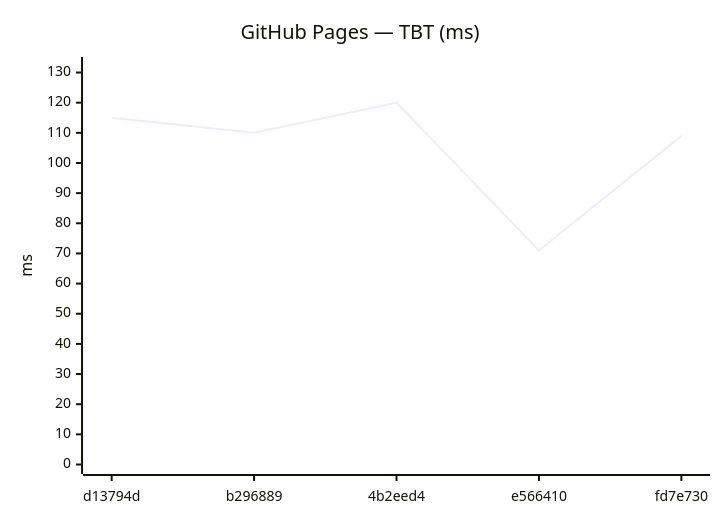
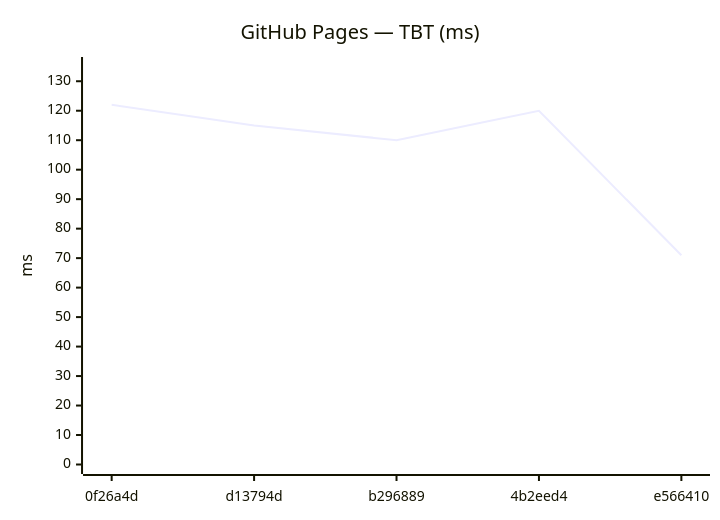
One commit to Metaheurist/Rianell changed the tenth of 18 diagrams in benchmarks/compare.md. Above: the diagram before and after it, drawn with Mermaid. The commit also changed other lines of this file and 11 other files, not shown here.

````diff
--- a/benchmarks/compare.md
+++ b/benchmarks/compare.md
@@ -149,7 +149,7 @@
 ```mermaid
 xychart-beta
     title "GitHub Pages — TBT (ms)"
-    x-axis ["d13794d", "b296889", "4b2eed4", "e566410", "fd7e730"]
-    y-axis "ms" 0 --> 132
-    line [115, 110, 120, 71, 109]
+    x-axis ["0f26a4d", "d13794d", "b296889", "4b2eed4", "e566410"]
+    y-axis "ms" 0 --> 135
+    line [122, 115, 110, 120, 71]
 ```
````
